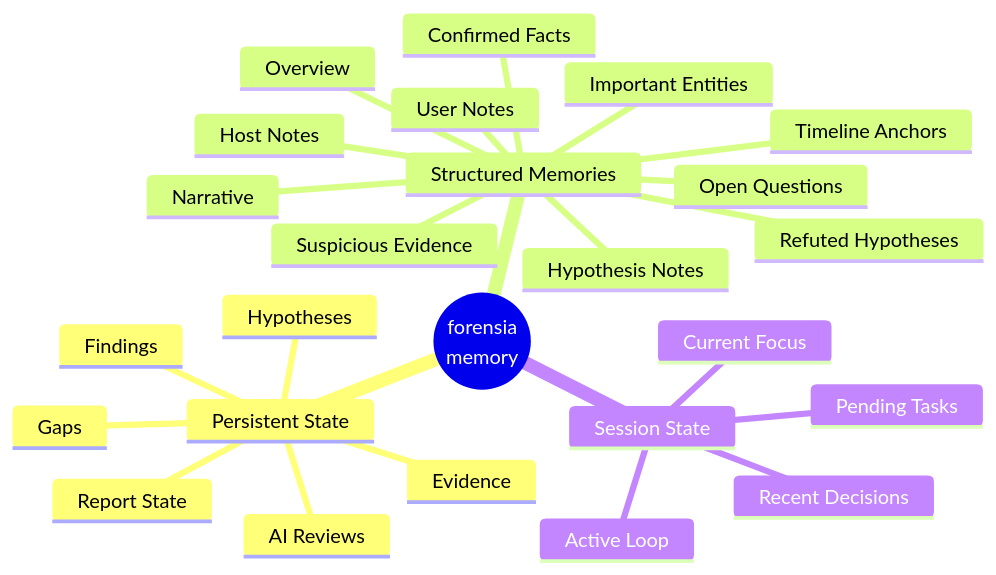
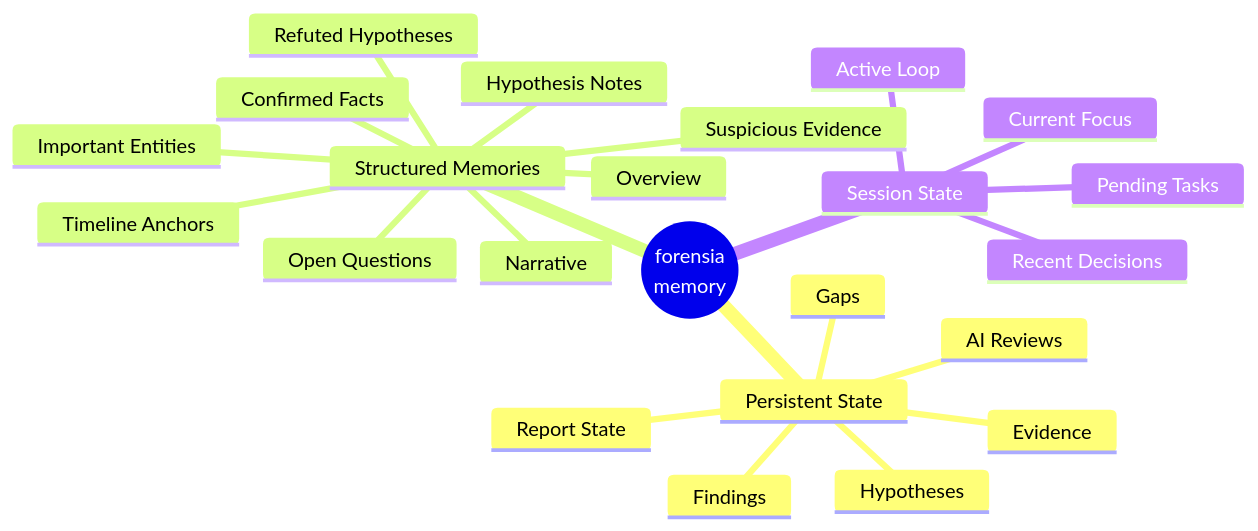
Before and after one commit to sumeshi/forensia: the third of 3 diagrams in README.md, drawn with Mermaid. The commit also changed other lines of this file, not shown here.

````diff
--- a/README.md
+++ b/README.md
@@ -191,28 +191,26 @@
 ```mermaid
 mindmap
   root((forensia<br>memory))
     Persistent State
       Evidence
       Findings
       Hypotheses
       Gaps
       Report State
       AI Reviews
     Structured Memories
       Overview
       Timeline Anchors
       Confirmed Facts
       Open Questions
       Narrative
       Refuted Hypotheses
       Important Entities
-      Host Notes
-      User Notes
       Hypothesis Notes
       Suspicious Evidence
     Session State
       Current Focus
       Active Loop
       Pending Tasks
       Recent Decisions
 ```
````
